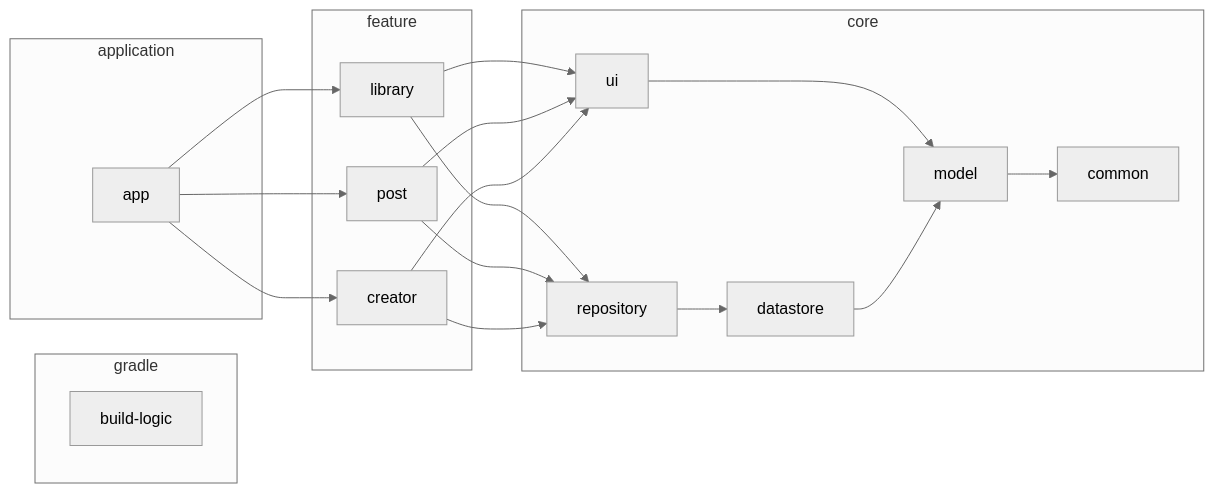
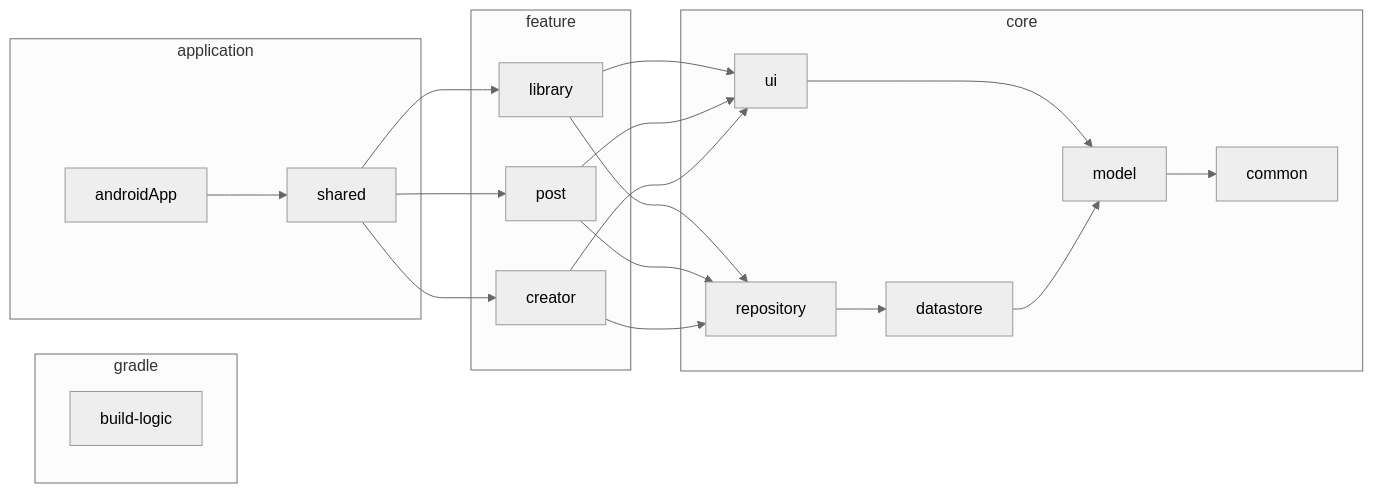
The diagram in README-JA.md (matsumo0922/PixiView-KMP), drawn with Mermaid before and after one commit. The commit also changed other lines of this file and 172 other files, not shown here.

````diff
--- a/README-JA.md
+++ b/README-JA.md
@@ -83,40 +83,42 @@
 ```mermaid
 %%{
 init: {
 'theme': 'neutral'
 }
 }%%
 
 graph LR
-  subgraph gradle 
-    build-logic  
-  end  
+  subgraph gradle
+    build-logic
+  end
   subgraph application
-    app  
-  end  
+    androidApp
+    shared
+  end
   subgraph core
     common
     datastore
     model
     repository
     ui
   end
   subgraph feature
     library
     creator
     post
   end
-  app --> library
-  app --> creator
-  app --> post
+  androidApp --> shared
+  shared --> library
+  shared --> creator
+  shared --> post
   library --> ui
   library --> repository
   post --> ui
   post --> repository
   creator --> ui
   creator --> repository
   ui --> model
   repository --> datastore
   datastore --> model
   model --> common
 ```
````
